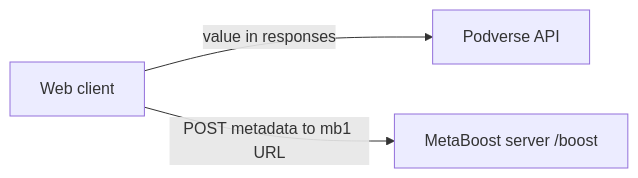
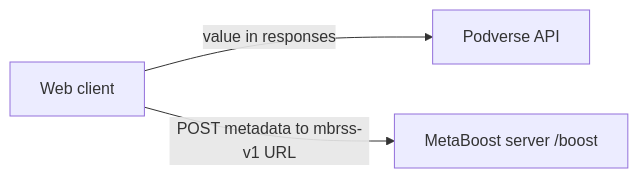
One commit to podverse/podverse changed the sixth of 7 diagrams in docs/v4v/bitcoin/lnd/V4V-BITCOIN-LN-SETUP-DIAGRAM.md. Above: the diagram before and after it, drawn with Mermaid. The commit also changed other lines of this file and 31 other files, not shown here.

First line of the commit message:
Update Boost integration to support mbrss-v1 messaging

````diff
--- a/docs/v4v/bitcoin/lnd/V4V-BITCOIN-LN-SETUP-DIAGRAM.md
+++ b/docs/v4v/bitcoin/lnd/V4V-BITCOIN-LN-SETUP-DIAGRAM.md
@@ -187,9 +187,9 @@
 ```mermaid
 flowchart LR
   Web[Web client]
   API[Podverse API]
   MetaBoostServer[MetaBoost server /boost]
 
   Web -->|value in responses| API
-  Web -->|POST metadata to mb1 URL| MetaBoostServer
+  Web -->|POST metadata to mbrss-v1 URL| MetaBoostServer
 ```
````
